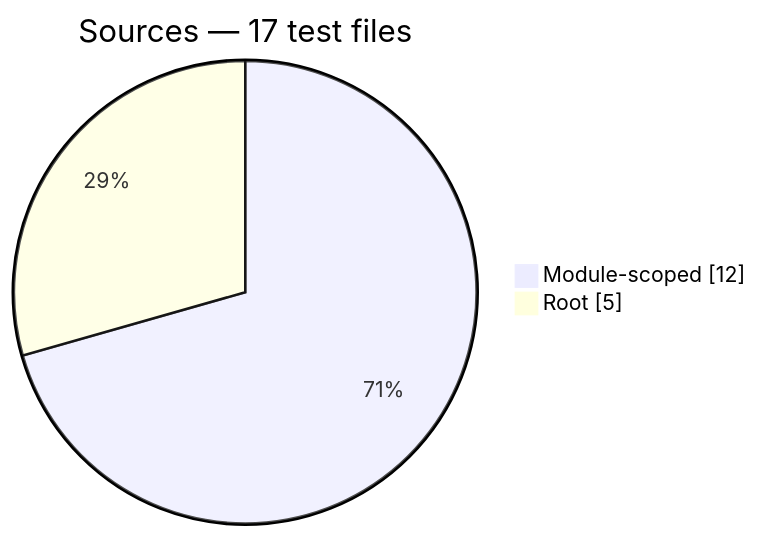
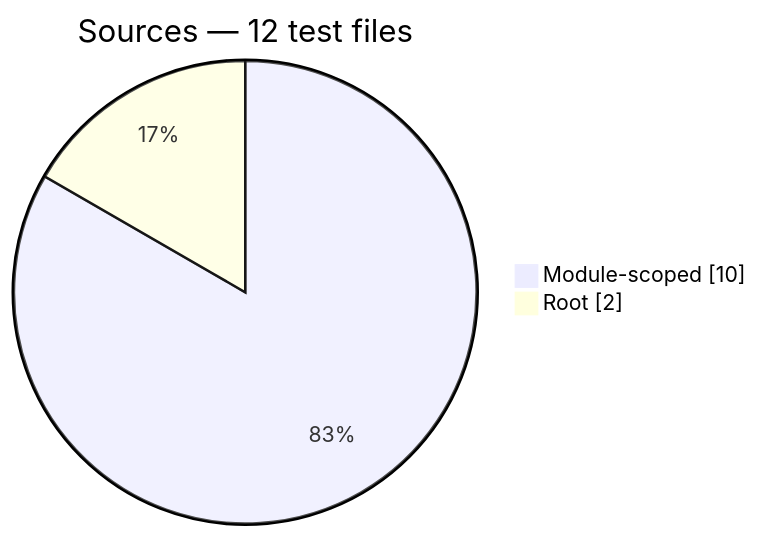
One commit to PHP-Arazzo/php-arazzo changed the fifth of 13 diagrams in docs/generated/test-composition.md. Above: the diagram before and after it, drawn with Mermaid. The commit also changed other lines of this file and 142 other files, not shown here.

````diff
--- a/docs/generated/test-composition.md
+++ b/docs/generated/test-composition.md
@@ -74,6 +74,6 @@
 ```mermaid
 pie showData
-    title Sources — 17 test files
-    "Module-scoped": 12
-    "Root": 5
+    title Sources — 12 test files
+    "Module-scoped": 10
+    "Root": 2
 ```
````
